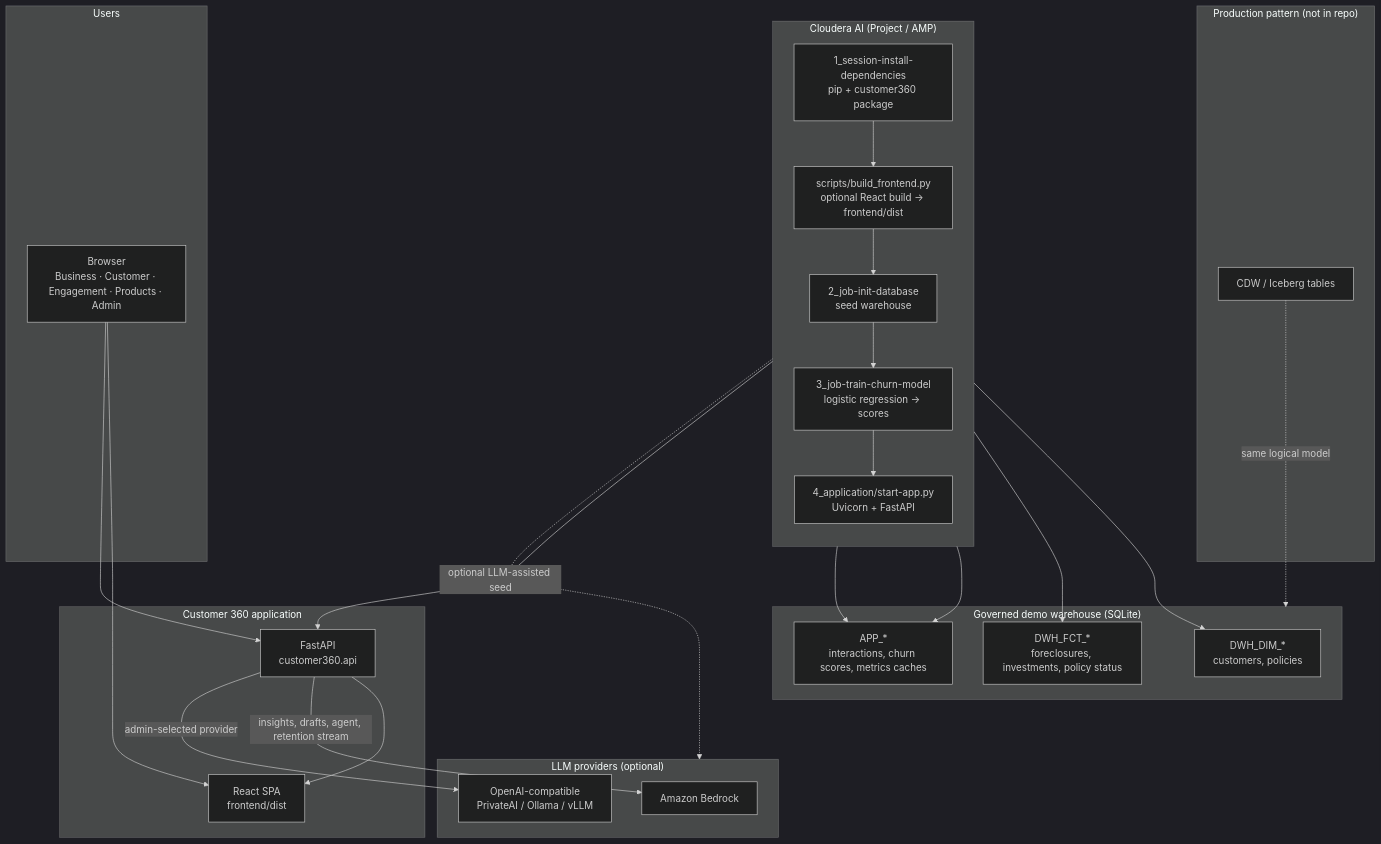
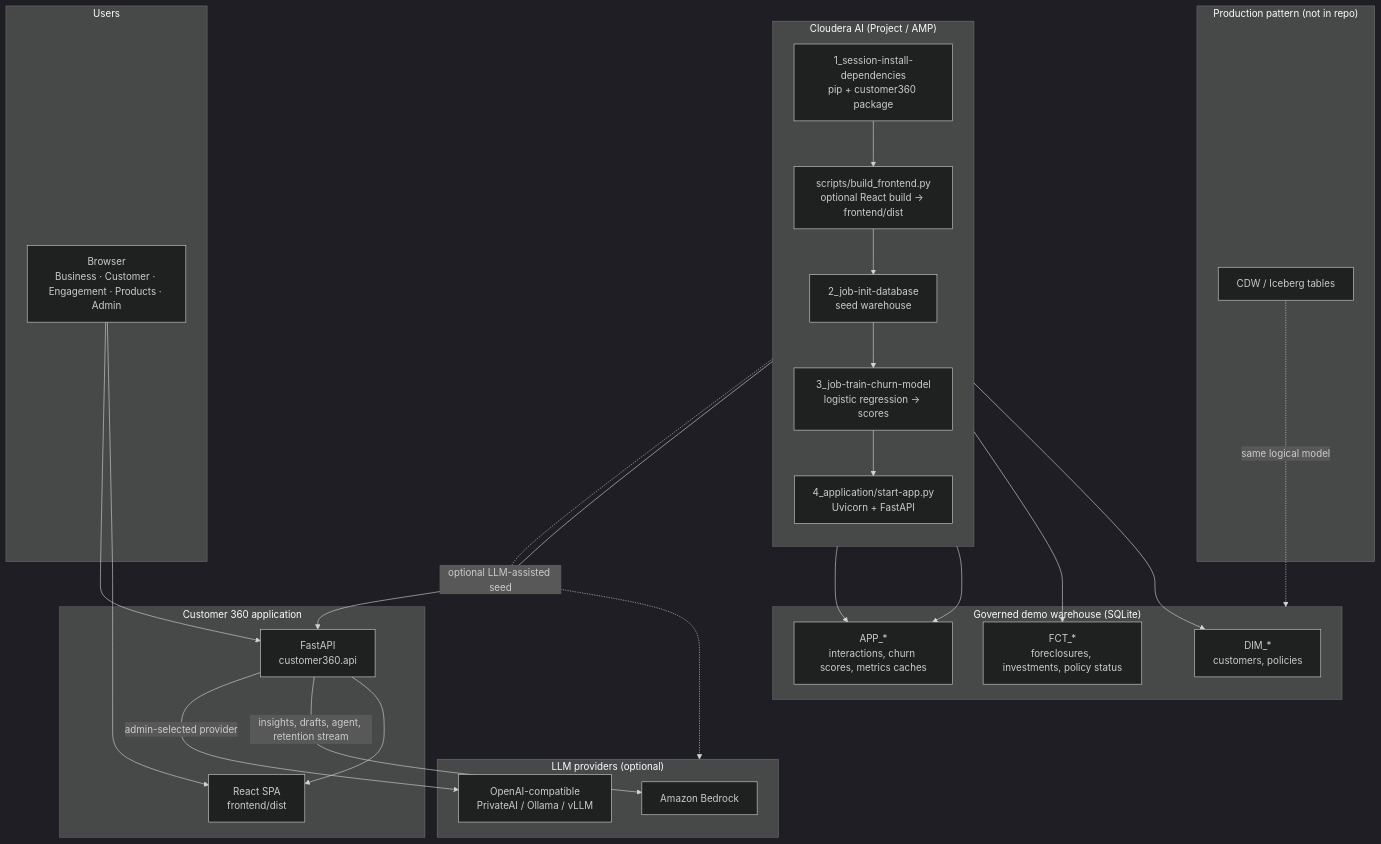
Before and after one commit to royles/Insurance360: the diagram in docs/diagrams/runtime-architecture.mmd, drawn with Mermaid (dark theme). The commit also changed 35 other files, not shown here.

```diff
--- a/docs/diagrams/runtime-architecture.mmd
+++ b/docs/diagrams/runtime-architecture.mmd
@@ -1,45 +1,45 @@
 flowchart TB
   subgraph CAI["Cloudera AI (Project / AMP)"]
     direction TB
     J1["1_session-install-dependencies<br/>pip + customer360 package"]
     J2["scripts/build_frontend.py<br/>optional React build → frontend/dist"]
     J3["2_job-init-database<br/>seed warehouse"]
     J4["3_job-train-churn-model<br/>logistic regression → scores"]
     J5["4_application/start-app.py<br/>Uvicorn + FastAPI"]
     J1 --> J2 --> J3 --> J4 --> J5
   end
 
   subgraph Data["Governed demo warehouse (SQLite)"]
-    DIM["DWH_DIM_*<br/>customers, policies"]
-    FCT["DWH_FCT_*<br/>foreclosures, investments, policy status"]
+    DIM["DIM_*<br/>customers, policies"]
+    FCT["FCT_*<br/>foreclosures, investments, policy status"]
     APP["APP_*<br/>interactions, churn scores, metrics caches"]
     J3 --> DIM & FCT & APP
     J4 --> APP
   end
 
   subgraph App["Customer 360 application"]
     API["FastAPI<br/>customer360.api"]
     UI["React SPA<br/>frontend/dist"]
     J5 --> API
     API --> UI
   end
 
   subgraph Users["Users"]
     Browser["Browser<br/>Business · Customer · Engagement · Products · Admin"]
     Browser --> UI
     Browser --> API
   end
 
   subgraph GenAI["LLM providers (optional)"]
     BR["Amazon Bedrock"]
     OAI["OpenAI-compatible<br/>PrivateAI / Ollama / vLLM"]
   end
 
   API -->|"insights, drafts, agent, retention stream"| BR
   API -->|"admin-selected provider"| OAI
   J3 -.->|"optional LLM-assisted seed"| GenAI
 
   subgraph Prod["Production pattern (not in repo)"]
     ICE["CDW / Iceberg tables"]
   end
   ICE -.->|"same logical model"| Data
```
